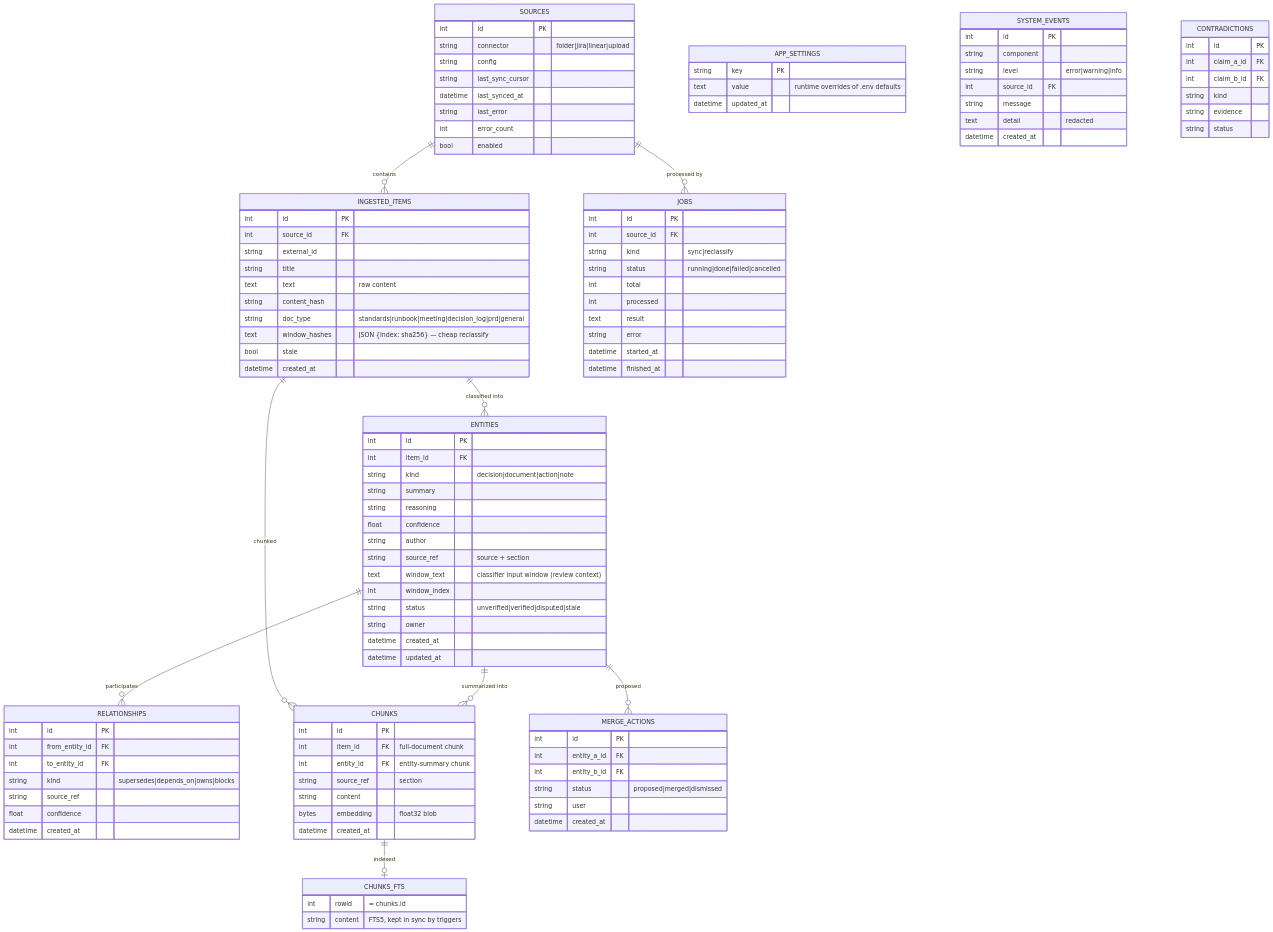
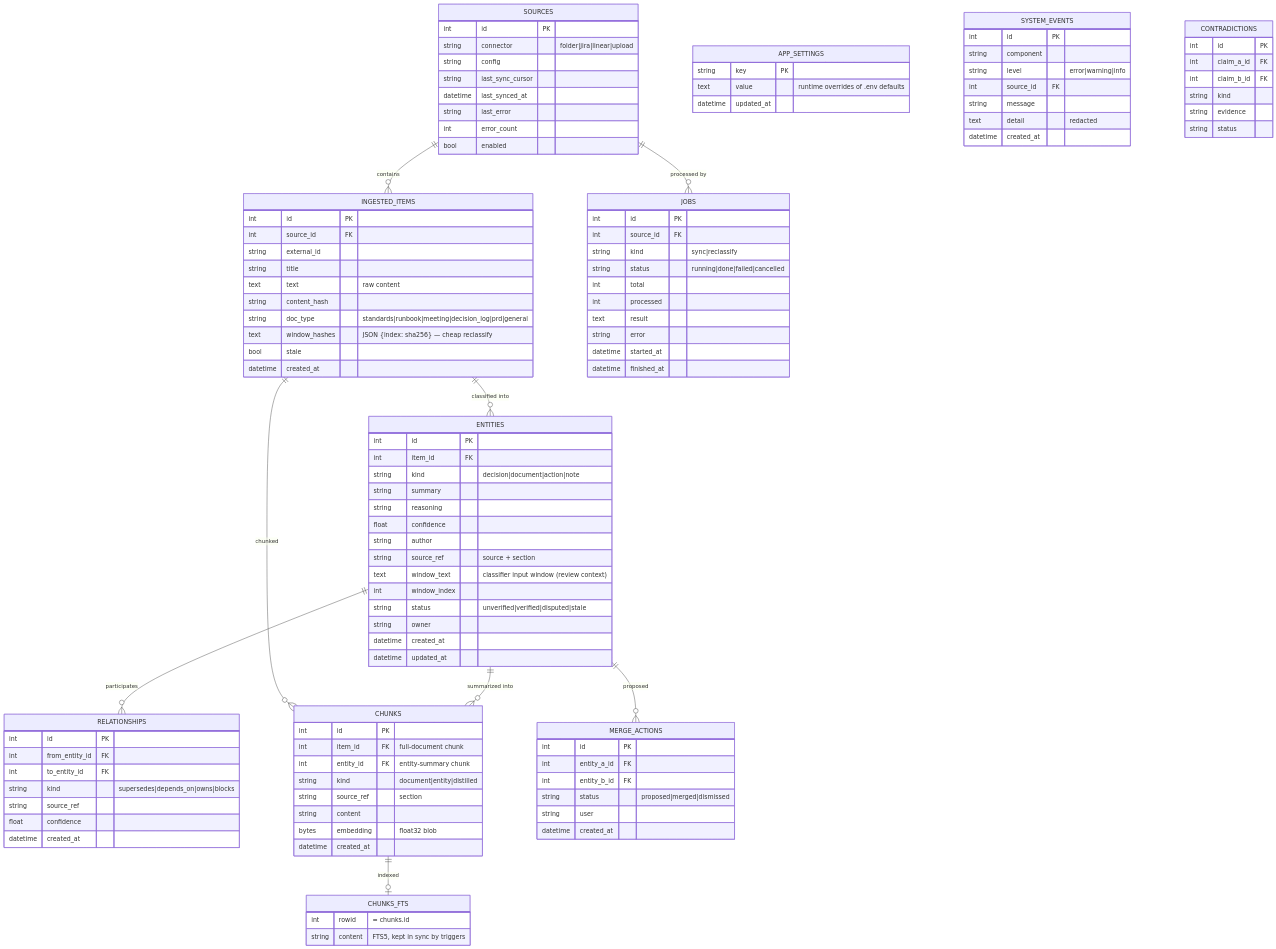
The fourth of 4 diagrams in docs/architecture.md (Atsirkunov/anchorcore), drawn with Mermaid before and after one commit. The commit also changed other lines of this file and 8 other files, not shown here.

```diff
--- a/docs/architecture.md
+++ b/docs/architecture.md
@@ -191,6 +195,7 @@
         int id PK
         int item_id FK "full-document chunk"
         int entity_id FK "entity-summary chunk"
+        string kind "document|entity|distilled"
         string source_ref "section"
         string content
         bytes embedding "float32 blob"
```
